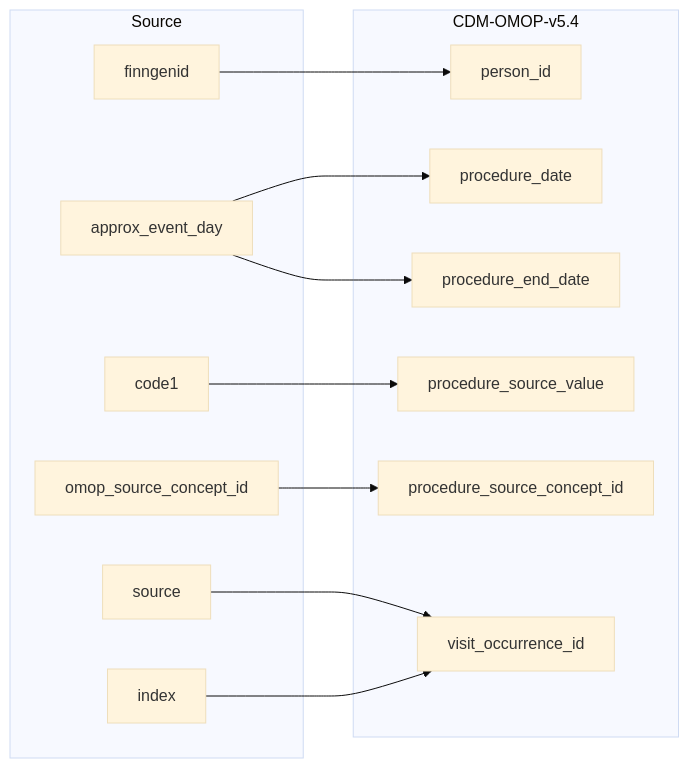
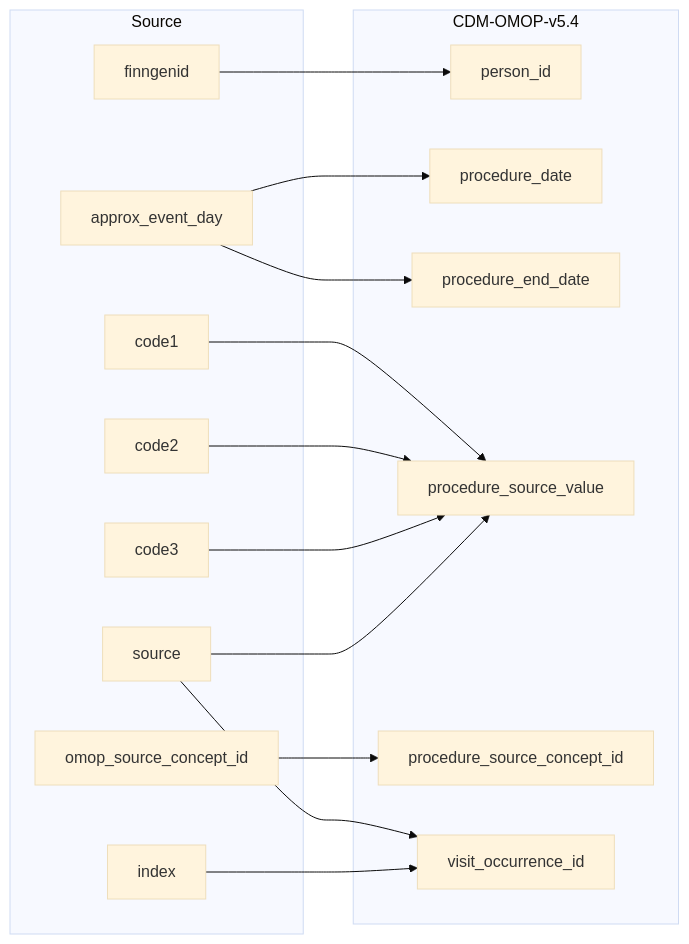
Before and after one commit to FINNGEN/ETL: the diagram in 2_etl_specifications/documentation/stem_to_procedure_occurrence.md, drawn with Mermaid. The commit also changed other lines of this file and 14 other files, not shown here.

First line of the commit message:
Add SOURCE to _source_value in all domain tables (condition, procedure, device, measurement, observation)

````diff
--- a/2_etl_specifications/documentation/stem_to_procedure_occurrence.md
+++ b/2_etl_specifications/documentation/stem_to_procedure_occurrence.md
@@ -10,30 +10,35 @@
 ```mermaid
 %%{init: {'theme': 'base' } }%%
 %%{init: {'theme': 'base' } }%%
 flowchart LR
     subgraph Source
         finngenid
         source
         approx_event_day
         code1
+        code2
+        code3
         index
         omop_source_concept_id
     end
 
     subgraph CDM-OMOP-v5.4
         person_id
         procedure_date
         procedure_end_date
         procedure_source_value
         procedure_source_concept_id
         visit_occurrence_id
     end
 
     finngenid-->person_id
     approx_event_day-->procedure_date
     approx_event_day-->procedure_end_date
     source-->visit_occurrence_id
     index-->visit_occurrence_id
     code1-->procedure_source_value
+    code2-->procedure_source_value
+    code3-->procedure_source_value
+    source-->procedure_source_value
     omop_source_concept_id-->procedure_source_concept_id
 ```
````
